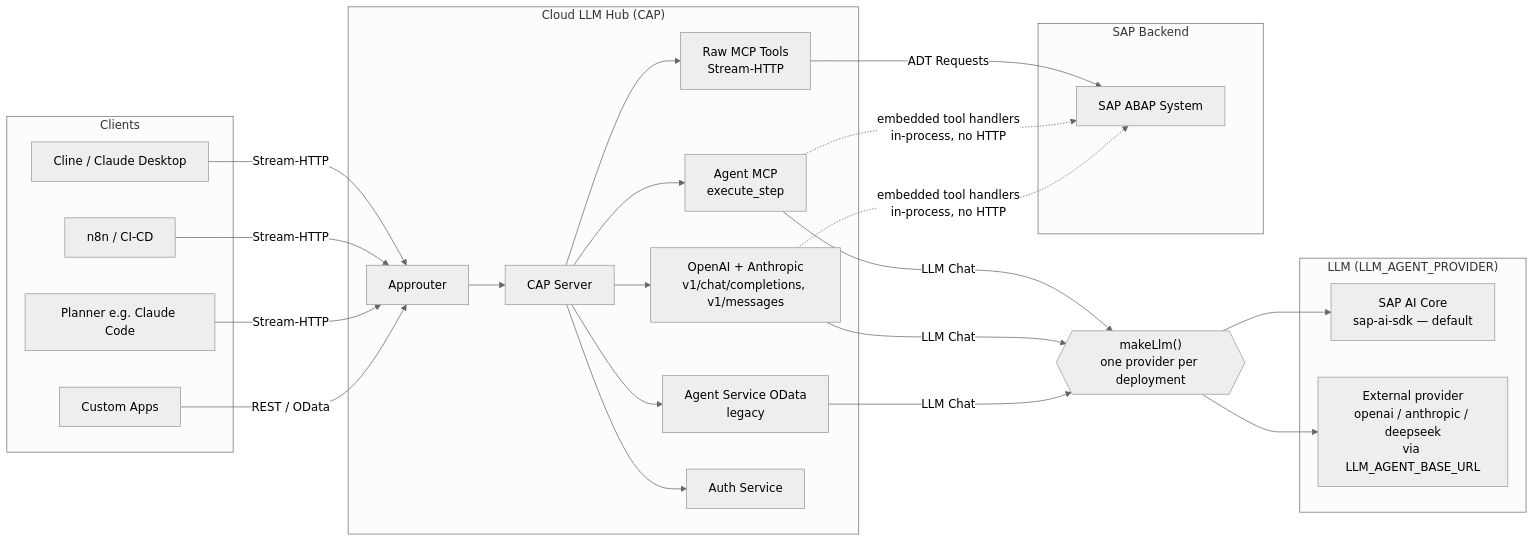
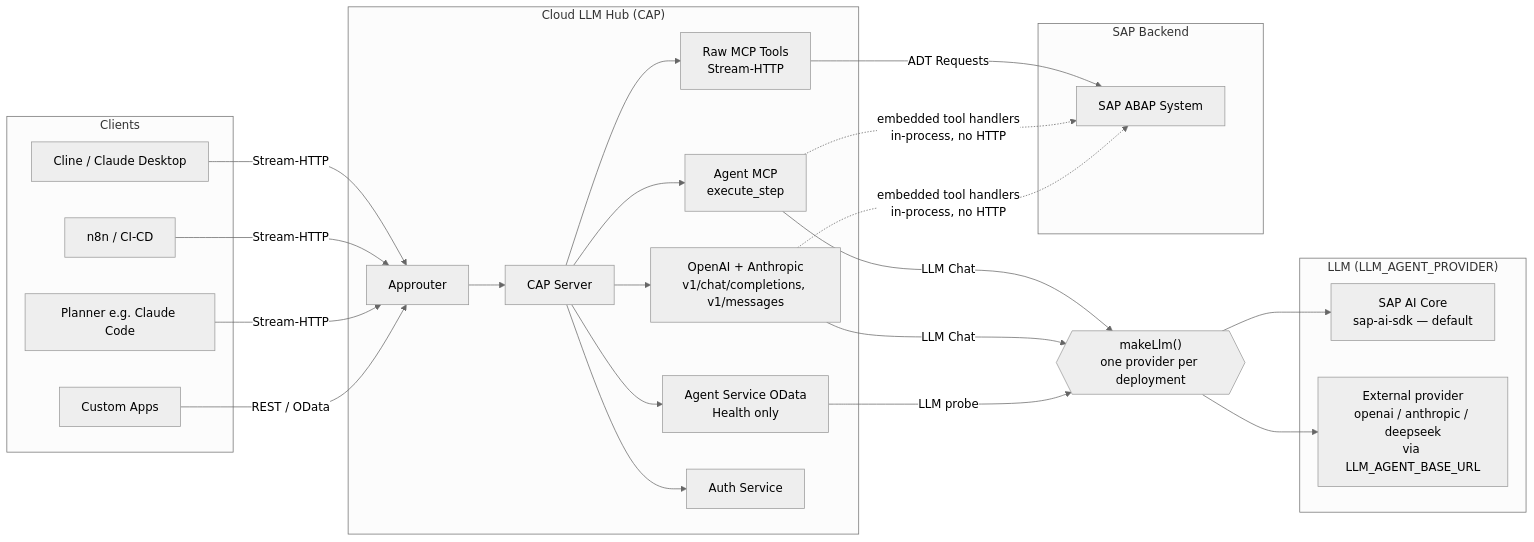
Before and after one commit to fr0ster/cloud-llm-hub: the first of 24 diagrams in docs/architecture/ARCHITECTURE.md, drawn with Mermaid (neutral theme). The commit also changed other lines of this file and 6 other files, not shown here.

First line of the commit message:
docs: the door, sessions the service issues, and the removed OData Chat

````diff
--- a/docs/architecture/ARCHITECTURE.md
+++ b/docs/architecture/ARCHITECTURE.md
@@ -33,51 +33,51 @@
 ```mermaid
 graph LR
     subgraph Clients
         CL[Cline / Claude Desktop]
         N8N[n8n / CI-CD]
         PLAN[Planner e.g. Claude Code]
         APP[Custom Apps]
     end
 
     subgraph "Cloud LLM Hub (CAP)"
         AR[Approuter]
         SRV[CAP Server]
         MCP_PROXY[Raw MCP Tools<br/>Stream-HTTP]
         AGENT_MCP[Agent MCP<br/>execute_step]
         V1[OpenAI + Anthropic<br/>v1/chat/completions, v1/messages]
-        AGENT_OD[Agent Service OData<br/>legacy]
+        AGENT_OD[Agent Service OData<br/>Health only]
         AUTH[Auth Service]
     end
 
     subgraph "SAP Backend"
         ABAP[SAP ABAP System]
     end
 
     LLM{{"makeLlm()<br/>one provider per deployment"}}
 
     subgraph "LLM (LLM_AGENT_PROVIDER)"
         AICORE["SAP AI Core<br/>sap-ai-sdk — default"]
         EXT["External provider<br/>openai / anthropic / deepseek<br/>via LLM_AGENT_BASE_URL"]
     end
 
     CL -->|Stream-HTTP| AR
     N8N -->|Stream-HTTP| AR
     PLAN -->|Stream-HTTP| AR
     APP -->|REST / OData| AR
 
     AR --> SRV
     SRV --> MCP_PROXY
     SRV --> AGENT_MCP
     SRV --> V1
     SRV --> AGENT_OD
     SRV --> AUTH
 
     MCP_PROXY -->|ADT Requests| ABAP
     AGENT_MCP -->|LLM Chat| LLM
     V1 -->|LLM Chat| LLM
-    AGENT_OD -->|LLM Chat| LLM
+    AGENT_OD -->|LLM probe| LLM
     LLM --> AICORE
     LLM --> EXT
     AGENT_MCP -.->|embedded tool handlers<br/>in-process, no HTTP| ABAP
     V1 -.->|embedded tool handlers<br/>in-process, no HTTP| ABAP
 ```
````
